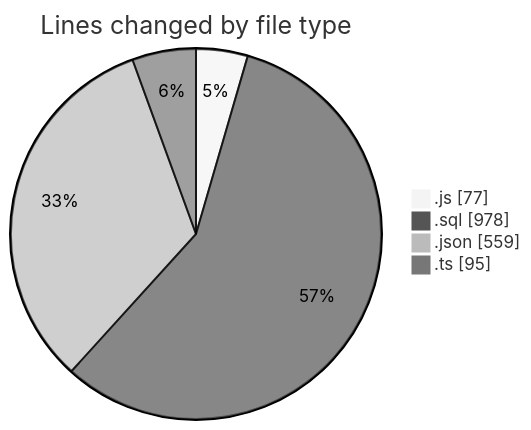
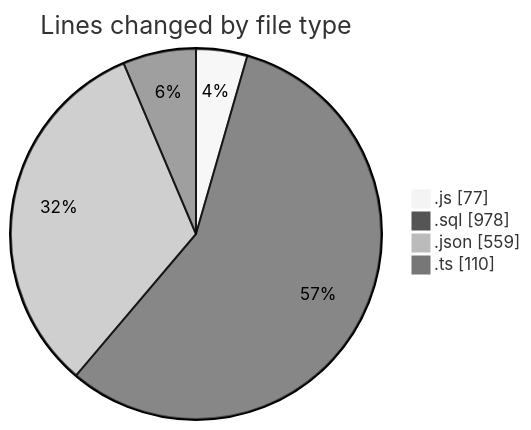
One commit to momahboobian/code-tracking changed the first of 2 diagrams in 2026-05-20/cda/README.md. Above: the diagram before and after it, drawn with Mermaid (neutral theme). The commit also changed other lines of this file and 1 other file, not shown here.

````diff
--- a/2026-05-20/cda/README.md
+++ b/2026-05-20/cda/README.md
@@ -28,8 +28,8 @@
 ```mermaid
 pie showData
 title Lines changed by file type
 ".js" : 77
 ".sql" : 978
 ".json" : 559
-".ts" : 95
+".ts" : 110
 ```
````
